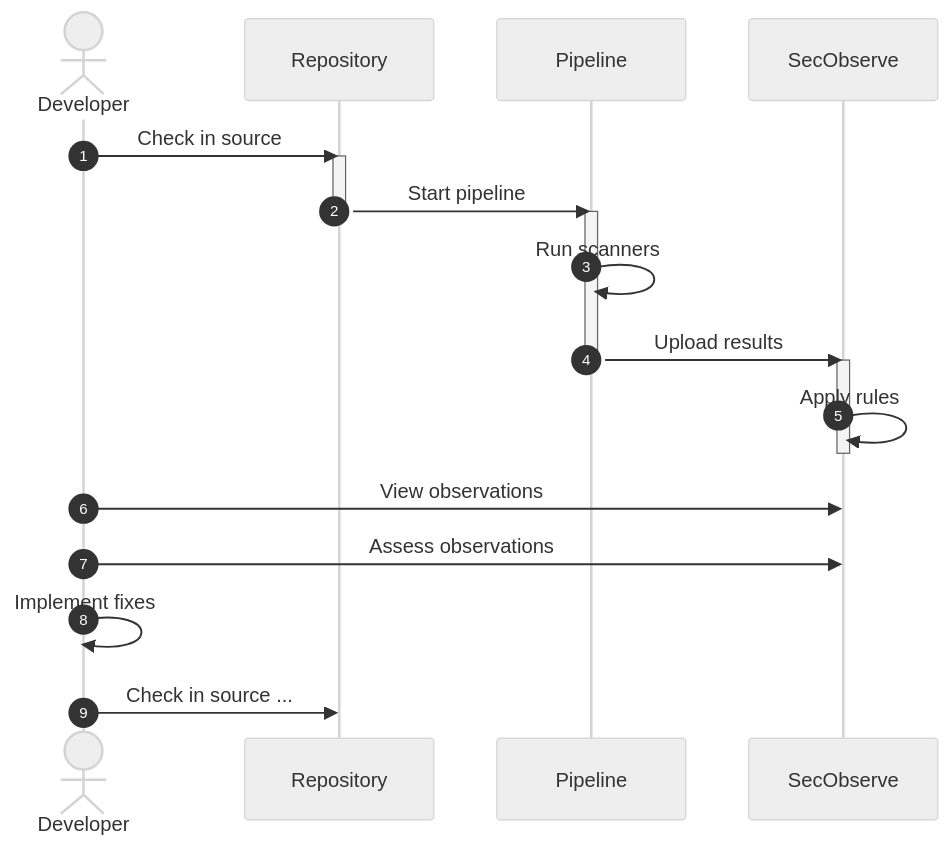
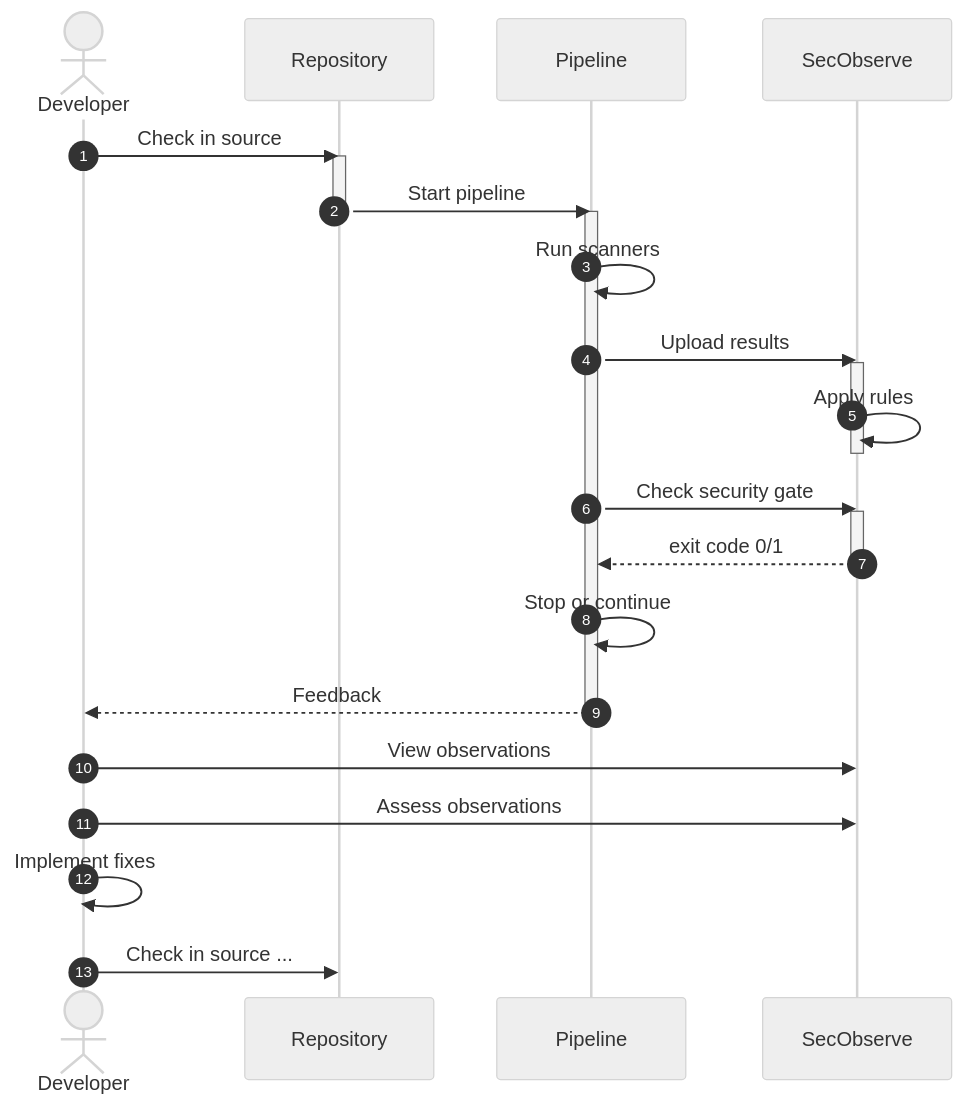
The diagram in docs/getting_started/about.md (MaibornWolff/SecObserve), drawn with Mermaid (neutral theme) before and after one commit. The commit also changed other lines of this file and 2 other files, not shown here.

Commit message:
chore: documentation for action / template to check security gate (#2240)

````diff
--- a/docs/getting_started/about.md
+++ b/docs/getting_started/about.md
@@ -28,20 +28,26 @@
 ``` mermaid
 sequenceDiagram
     autonumber
     actor Developer
     Developer ->> Repository: Check in source
     activate Repository
     Repository ->> Pipeline: Start pipeline
     deactivate Repository
     activate Pipeline
     Pipeline ->> Pipeline: Run scanners
     Pipeline ->> SecObserve: Upload results
-    deactivate Pipeline
     activate SecObserve
     SecObserve ->> SecObserve: Apply rules
     deactivate SecObserve
+    Pipeline ->> SecObserve: Check security gate
+    activate SecObserve
+    SecObserve -->> Pipeline: exit code 0/1
+    deactivate SecObserve
+    Pipeline ->> Pipeline: Stop or continue
+    Pipeline -->> Developer: Feedback
+    deactivate Pipeline
     Developer ->> SecObserve: View observations
     Developer ->> SecObserve: Assess observations
     Developer ->> Developer: Implement fixes
     Developer ->> Repository: Check in source ...
 ```
````
